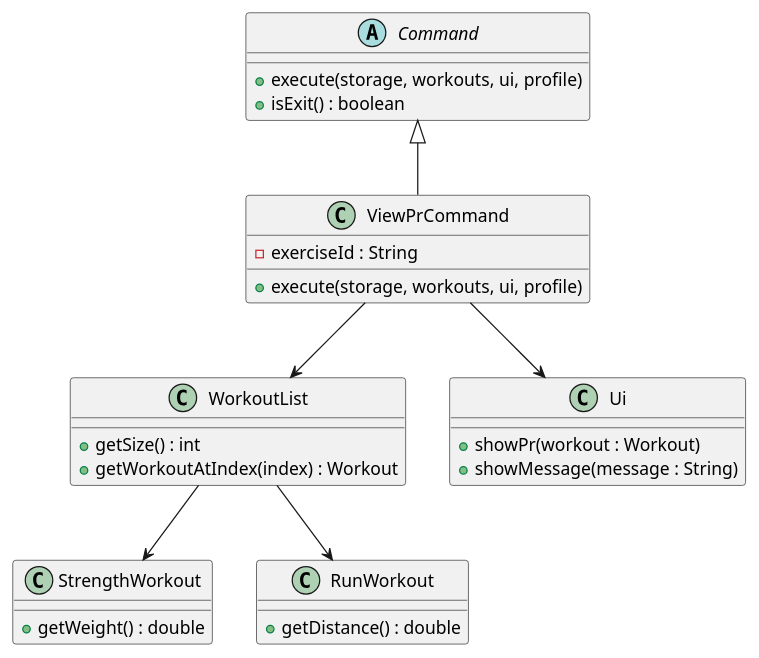
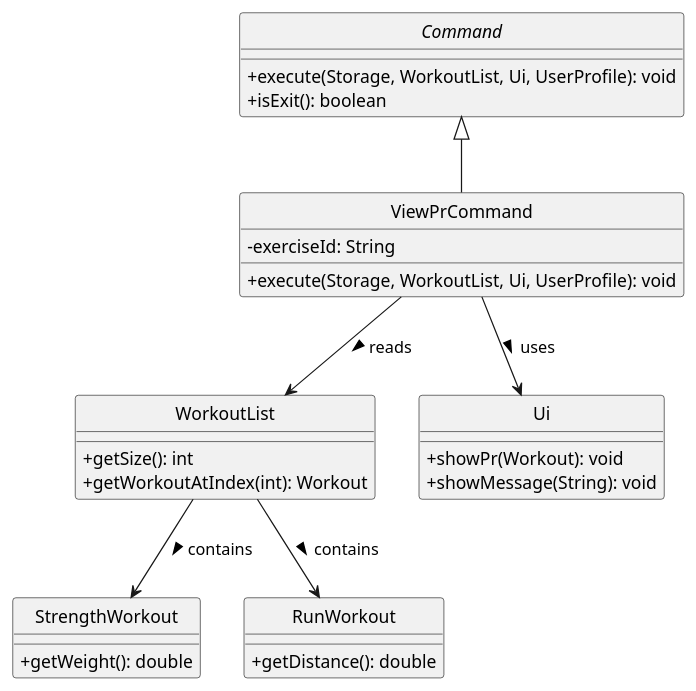
One commit to AY2526S2-CS2113-F09-1/tp changed the diagram in docs/diagrams/ViewPrClassDiagram.puml. Above: the diagram before and after it, drawn with PlantUML. The commit also changed 11 other files, not shown here.

Commit message:
Standardise UML diagrams

```diff
--- a/docs/diagrams/ViewPrClassDiagram.puml
+++ b/docs/diagrams/ViewPrClassDiagram.puml
@@ -1,35 +1,38 @@
 @startuml
+hide circle
+skinparam classAttributeIconSize 0
+
 abstract class Command {
-    +execute(storage, workouts, ui, profile)
-    +isExit() : boolean
+    + execute(Storage, WorkoutList, Ui, UserProfile): void
+    + isExit(): boolean
 }
 
 class ViewPrCommand {
-    -exerciseId : String
-    +execute(storage, workouts, ui, profile)
+    - exerciseId: String
+    + execute(Storage, WorkoutList, Ui, UserProfile): void
 }
 
 class WorkoutList {
-    +getSize() : int
-    +getWorkoutAtIndex(index) : Workout
+    + getSize(): int
+    + getWorkoutAtIndex(int): Workout
 }
 
 class StrengthWorkout {
-    +getWeight() : double
+    + getWeight(): double
 }
 
 class RunWorkout {
-    +getDistance() : double
+    + getDistance(): double
 }
 
 class Ui {
-    +showPr(workout : Workout)
-    +showMessage(message : String)
+    + showPr(Workout): void
+    + showMessage(String): void
 }
 
 Command <|-- ViewPrCommand
-ViewPrCommand --> WorkoutList
-ViewPrCommand --> Ui
-WorkoutList --> StrengthWorkout
-WorkoutList --> RunWorkout
+ViewPrCommand --> WorkoutList : reads >
+ViewPrCommand --> Ui : uses >
+WorkoutList --> StrengthWorkout : contains >
+WorkoutList --> RunWorkout : contains >
 @enduml
```
